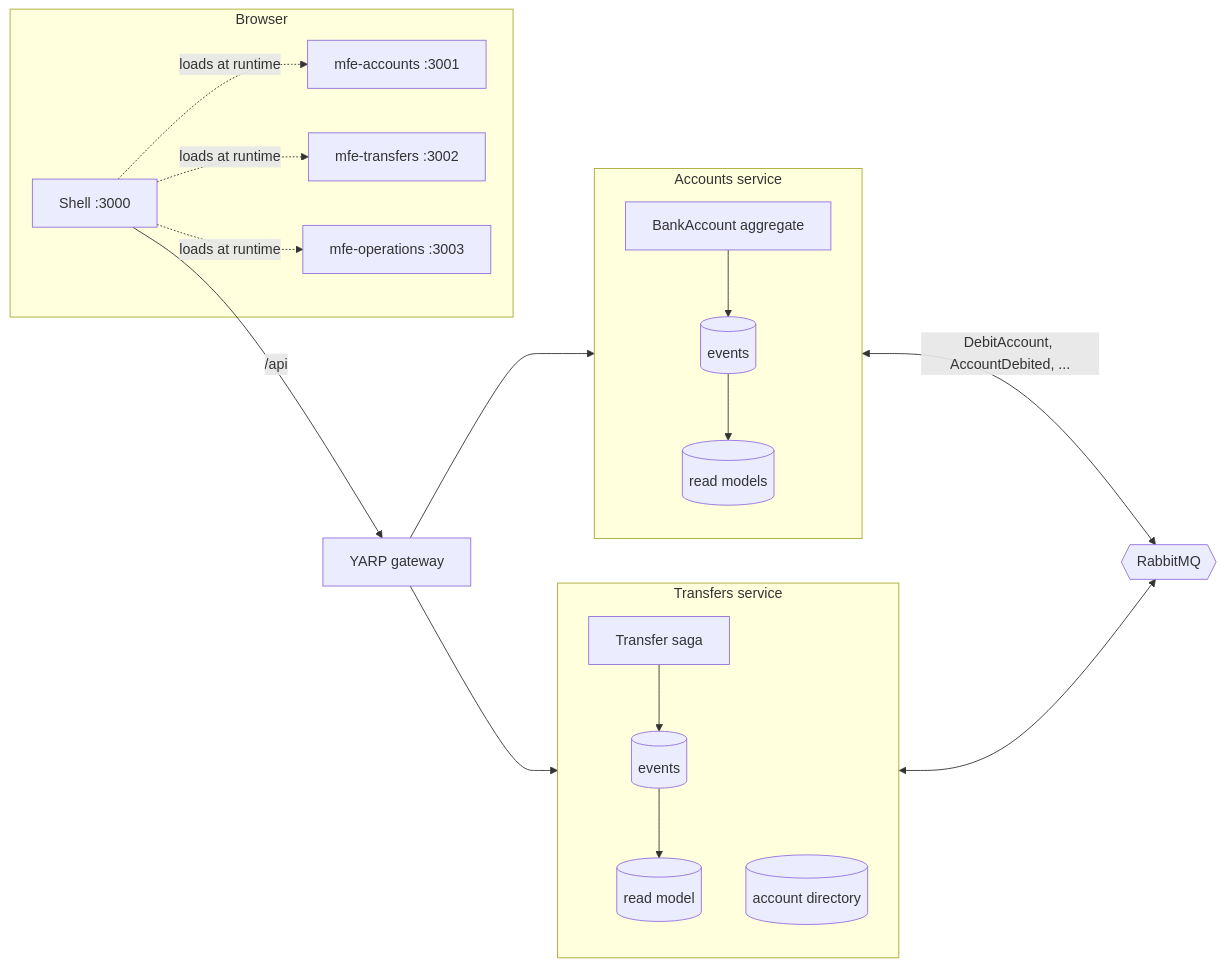
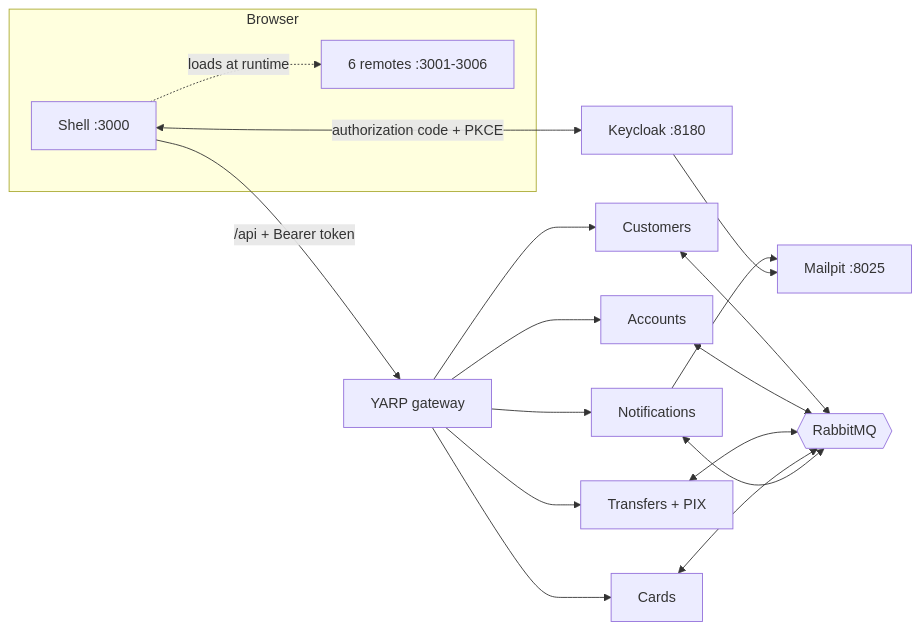
The first of 2 diagrams in README.md (marcelo-roman/eventbank-platform), drawn with Mermaid before and after one commit. The commit also changed other lines of this file and 17 other files, not shown here.

First line of the commit message:
Run the complete bank: Keycloak, five services and six remotes

````diff
--- a/README.md
+++ b/README.md
@@ -42,30 +48,21 @@
 ```mermaid
 flowchart LR
     subgraph browser[Browser]
         shell[Shell :3000]
-        mfa[mfe-accounts :3001]
-        mft[mfe-transfers :3002]
-        mfo[mfe-operations :3003]
-        shell -. loads at runtime .-> mfa & mft & mfo
+        remotes[6 remotes :3001-3006]
+        shell -. loads at runtime .-> remotes
     end
 
-    shell -->|/api| gateway[YARP gateway]
-    gateway --> accounts
-    gateway --> transfers
+    shell <-->|authorization code + PKCE| keycloak[Keycloak :8180]
+    shell -->|/api + Bearer token| gateway[YARP gateway]
 
-    subgraph accounts[Accounts service]
-        direction TB
-        aagg[BankAccount aggregate] --> aes[(events)]
-        aes --> arm[(read models)]
-    end
+    gateway --> customers[Customers]
+    gateway --> accounts[Accounts]
+    gateway --> transfers[Transfers + PIX]
+    gateway --> cards[Cards]
+    gateway --> notifications[Notifications]
 
-    subgraph transfers[Transfers service]
-        direction TB
-        tagg[Transfer saga] --> tes[(events)]
-        tes --> trm[(read model)]
-        tdir[(account directory)]
-    end
-
-    accounts <-->|DebitAccount, AccountDebited, ...| mq{{RabbitMQ}}
-    transfers <--> mq
+    customers & accounts & transfers & cards & notifications <--> mq{{RabbitMQ}}
+    notifications --> mailpit[Mailpit :8025]
+    keycloak --> mailpit
 ```
````
